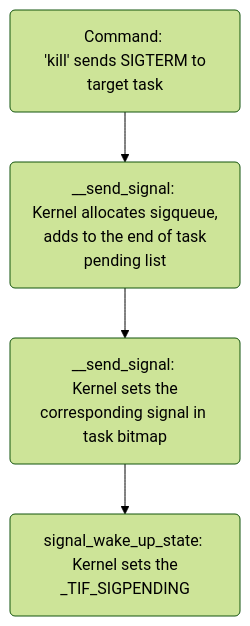
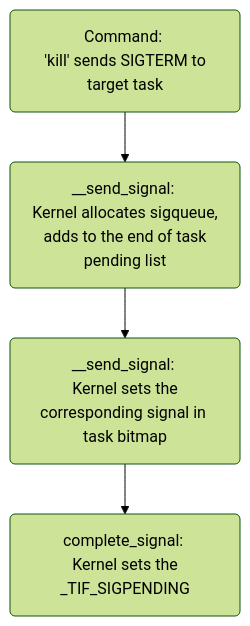
The first of 2 diagrams in process.md (yushiangfu/study-notes), drawn with Mermaid (forest theme) before and after one commit. The commit also changed other lines of this file, not shown here.

````diff
--- a/process.md
+++ b/process.md
@@ -94,11 +111,11 @@
 ```mermaid
 graph TD
    a(Command: <br> 'kill' sends SIGTERM to target task)
    b(__send_signal: <br> Kernel allocates sigqueue, <br> adds to the end of task pending list)
    c(__send_signal: <br> Kernel sets the corresponding signal in task bitmap)
-   d(signal_wake_up_state: <br> Kernel sets the _TIF_SIGPENDING)
+   d(complete_signal: <br> Kernel sets the _TIF_SIGPENDING)
    
    a-->b
    b-->c
    c-->d
 ```
````
